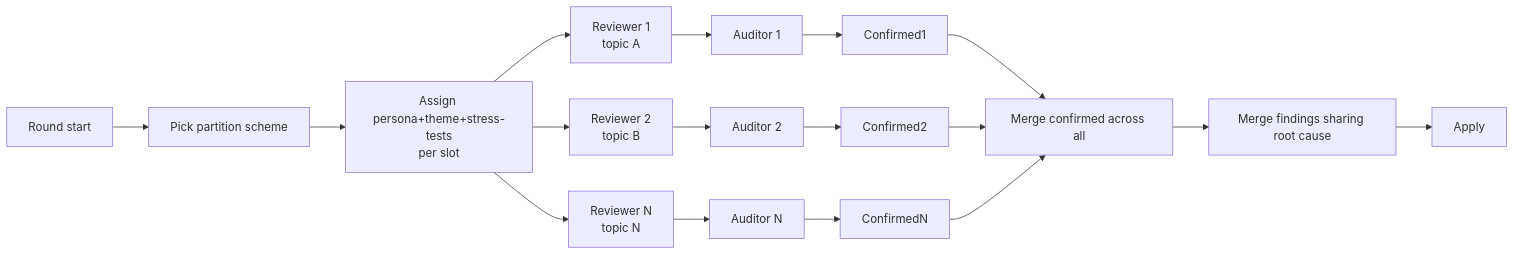
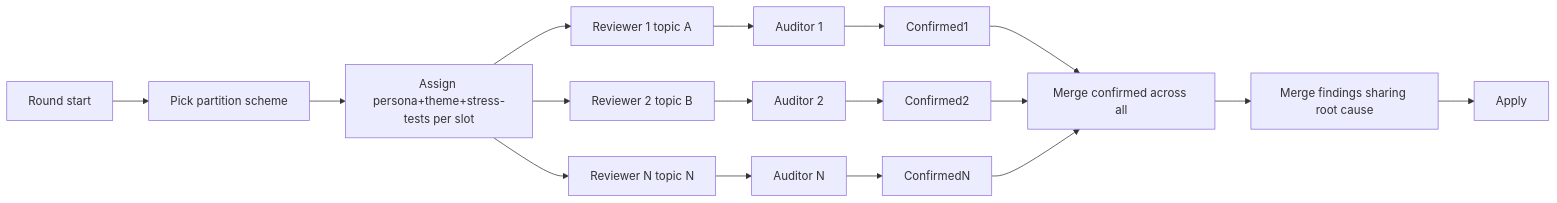
Before and after one commit to 1qh/lens: the diagram in procedure/parallel-coverage.md, drawn with Mermaid. The commit also changed 4 other files, not shown here.

Commit message:
fix mermaid: drop br tags, breaks GitHub renderer

````diff
--- a/procedure/parallel-coverage.md
+++ b/procedure/parallel-coverage.md
@@ -5,19 +5,19 @@
 ```mermaid
 flowchart LR
     Round[Round start] --> Partition[Pick partition scheme]
-    Partition --> Slots[Assign persona+theme+stress-tests<br/>per slot]
-    Slots --> R1[Reviewer 1<br/>topic A]
-    Slots --> R2[Reviewer 2<br/>topic B]
-    Slots --> Rn[Reviewer N<br/>topic N]
+    Partition --> Slots[Assign persona+theme+stress-tests per slot]
+    Slots --> R1[Reviewer 1 topic A]
+    Slots --> R2[Reviewer 2 topic B]
+    Slots --> Rn[Reviewer N topic N]
     R1 --> A1[Auditor 1]
     R2 --> A2[Auditor 2]
     Rn --> An[Auditor N]
     A1 --> Confirmed1
     A2 --> Confirmed2
     An --> ConfirmedN
     Confirmed1 --> Merge[Merge confirmed across all]
     Confirmed2 --> Merge
     ConfirmedN --> Merge
     Merge --> RootCause[Merge findings sharing root cause]
     RootCause --> Apply
 ```
````
